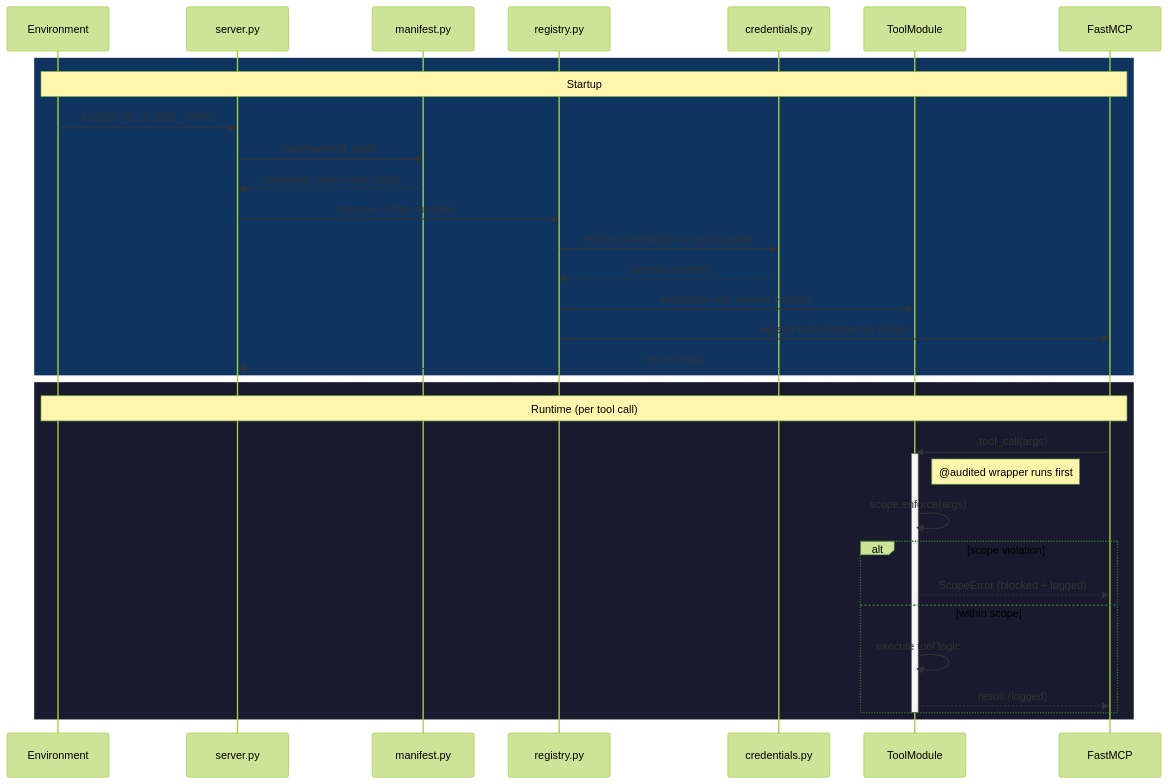
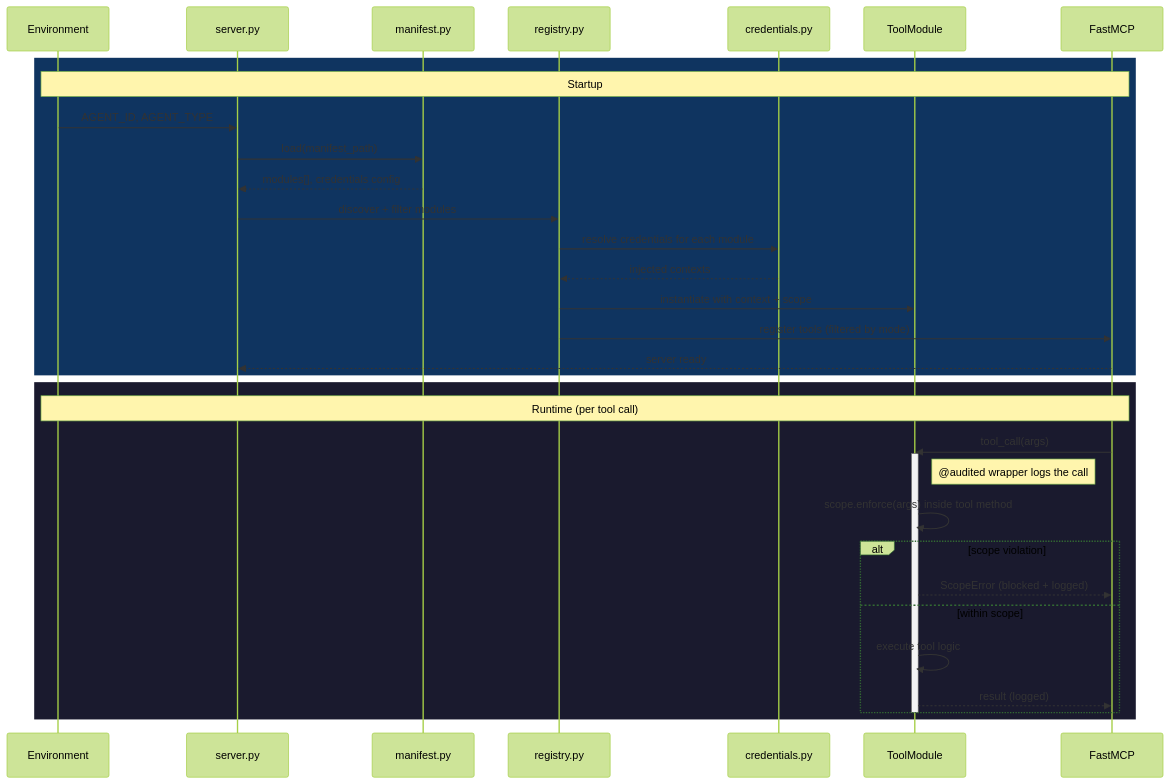
Before and after one commit to TadMSTR/scoped-mcp: the diagram in ARCHITECTURE.md, drawn with Mermaid (forest theme). The commit also changed other lines of this file and 16 other files, not shown here.

````diff
--- a/ARCHITECTURE.md
+++ b/ARCHITECTURE.md
@@ -9,38 +9,38 @@
 ```mermaid
 sequenceDiagram
     participant Env as Environment
     participant S as server.py
     participant Man as manifest.py
     participant Reg as registry.py
     participant Cred as credentials.py
     participant Mod as ToolModule
     participant FM as FastMCP
 
     rect rgb(15, 52, 96)
         Note over Env,FM: Startup
         Env->>S: AGENT_ID, AGENT_TYPE
         S->>Man: load(manifest_path)
         Man-->>S: modules[], credentials config
         S->>Reg: discover + filter modules
         Reg->>Cred: resolve credentials for each module
         Cred-->>Reg: injected contexts
         Reg->>Mod: instantiate with context + scope
         Reg->>FM: register tools (filtered by mode)
         FM-->>S: server ready
     end
 
     rect rgb(26, 26, 46)
         Note over Env,FM: Runtime (per tool call)
         FM->>Mod: tool_call(args)
         activate Mod
-        Note right of Mod: @audited wrapper runs first
-        Mod->>Mod: scope.enforce(args)
+        Note right of Mod: @audited wrapper logs the call
+        Mod->>Mod: scope.enforce(args) inside tool method
         alt scope violation
             Mod-->>FM: ScopeError (blocked + logged)
         else within scope
             Mod->>Mod: execute tool logic
             Mod-->>FM: result (logged)
         end
         deactivate Mod
     end
 ```
````
